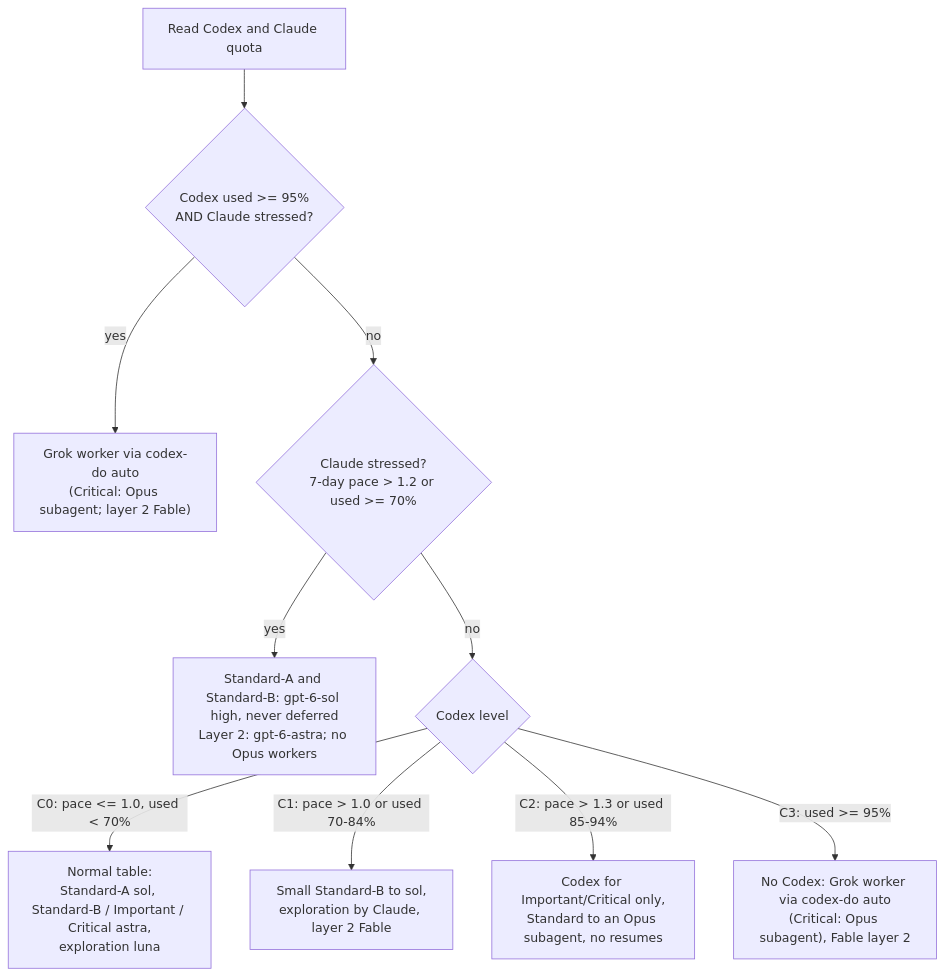
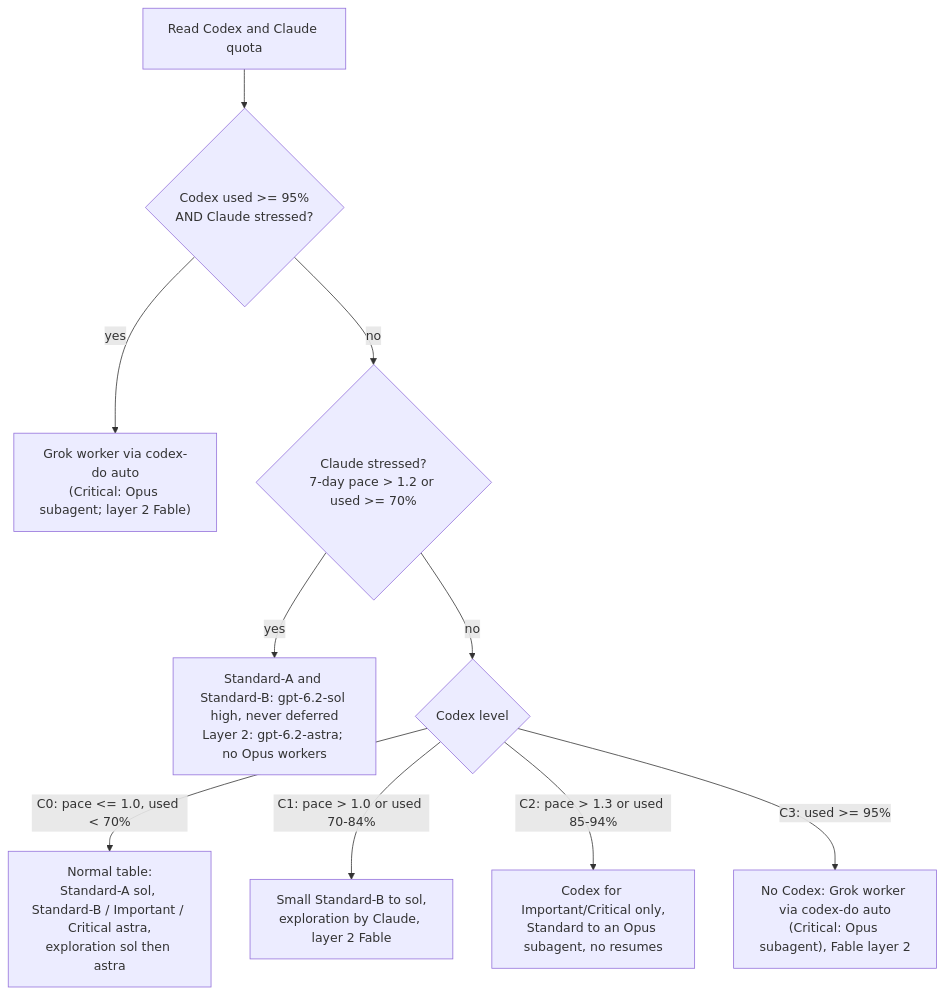
Before and after one commit to LineLuLan/line-harness: the second of 3 diagrams in README.md, drawn with Mermaid. The commit also changed other lines of this file and 18 other files, not shown here.

First line of the commit message:
Codex model upgrade: gpt-6.2-astra and gpt-6.2-sol after benchmark; exploration without Luna

````diff
--- a/README.md
+++ b/README.md
@@ -48,12 +48,12 @@
 ```mermaid
 flowchart TD
     Q["Read Codex and Claude quota"] --> X{"Codex used >= 95%<br/>AND Claude stressed?"}
     X -- yes --> GROK["Grok worker via codex-do auto<br/>(Critical: Opus subagent; layer 2 Fable)"]
     X -- no --> Y{"Claude stressed?<br/>7-day pace > 1.2 or used >= 70%"}
-    Y -- yes --> BOTH["Standard-A and Standard-B: gpt-6-sol high, never deferred<br/>Layer 2: gpt-6-astra; no Opus workers"]
+    Y -- yes --> BOTH["Standard-A and Standard-B: gpt-6.2-sol high, never deferred<br/>Layer 2: gpt-6.2-astra; no Opus workers"]
     Y -- no --> Z{"Codex level"}
-    Z -- "C0: pace <= 1.0, used < 70%" --> N0["Normal table:<br/>Standard-A sol, Standard-B / Important / Critical astra,<br/>exploration luna"]
+    Z -- "C0: pace <= 1.0, used < 70%" --> N0["Normal table:<br/>Standard-A sol, Standard-B / Important / Critical astra,<br/>exploration sol then astra"]
     Z -- "C1: pace > 1.0 or used 70-84%" --> N1["Small Standard-B to sol,<br/>exploration by Claude, layer 2 Fable"]
     Z -- "C2: pace > 1.3 or used 85-94%" --> N2["Codex for Important/Critical only,<br/>Standard to an Opus subagent, no resumes"]
     Z -- "C3: used >= 95%" --> N3["No Codex: Grok worker via codex-do auto<br/>(Critical: Opus subagent), Fable layer 2"]
 ```
````
